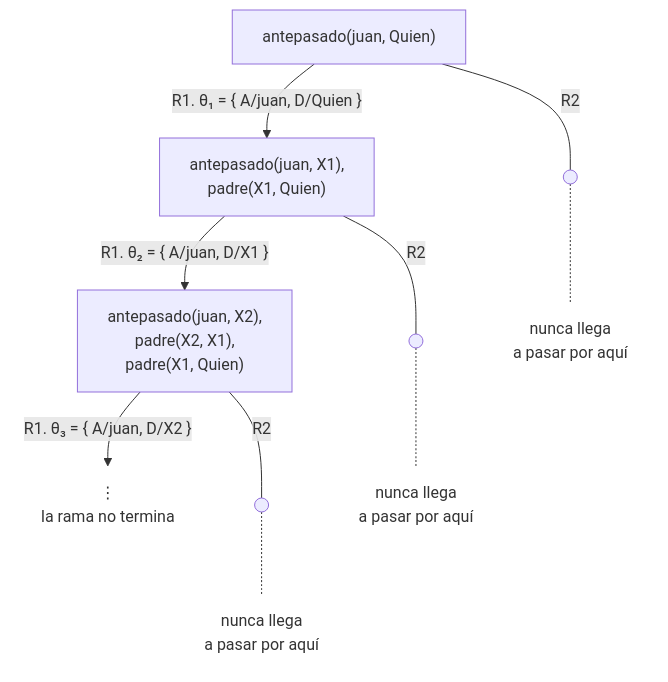
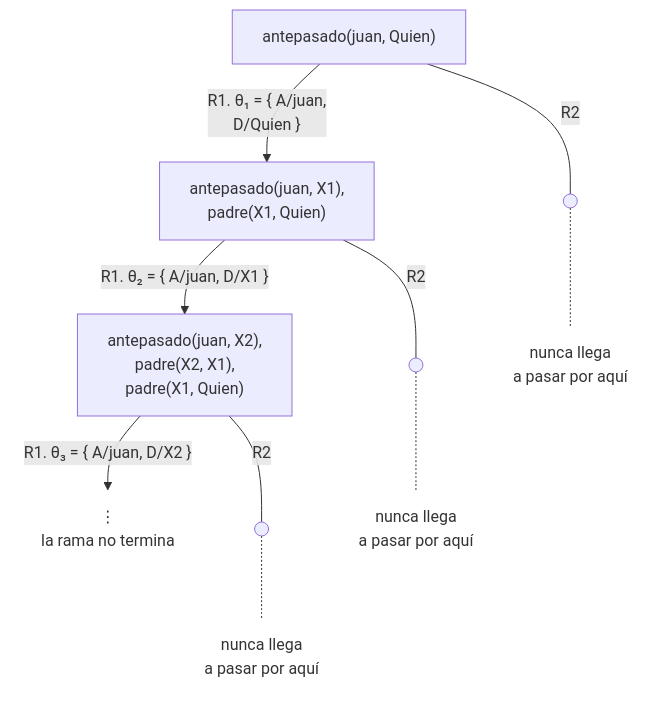
One commit to CesarBallardini/curso-de-prolog changed the seventh of 7 diagrams in docs/capitulo-05-como-responde-prolog/index.md. Above: the diagram before and after it, drawn with Mermaid. The commit also changed other lines of this file and 24 other files, not shown here.

First line of the commit message:
feat(docs): botones para ocultar las columnas laterales y etiquetas cortas en los diagramas

````diff
--- a/docs/capitulo-05-como-responde-prolog/index.md
+++ b/docs/capitulo-05-como-responde-prolog/index.md
@@ -501,11 +501,11 @@
 ```mermaid
 flowchart TD
-    A["antepasado(juan, Quien)"] -- "R1. θ₁ = {&nbsp;A/juan, D/Quien&nbsp;}" --> B["antepasado(juan, X1),<br/>padre(X1, Quien)"]
+    A["antepasado(juan, Quien)"] -- "R1. θ₁ = {&nbsp;A/juan,<br/>D/Quien&nbsp;}" --> B["antepasado(juan, X1),<br/>padre(X1, Quien)"]
     B -- "R1. θ₂ = {&nbsp;A/juan, D/X1&nbsp;}" --> C["antepasado(juan, X2),<br/>padre(X2, X1),<br/>padre(X1, Quien)"]
     C -- "R1. θ₃ = {&nbsp;A/juan, D/X2&nbsp;}" --> D["⋮<br/>la rama no termina"]
     A -- "R2" --- pA@{ shape: sm-circ } -.- nA["nunca llega<br/>a pasar por aquí"]
     B -- "R2" --- pB@{ shape: sm-circ } -.- nB["nunca llega<br/>a pasar por aquí"]
     C -- "R2" --- pC@{ shape: sm-circ } -.- nC["nunca llega<br/>a pasar por aquí"]
     classDef abierto fill:none,stroke:none;
     class D,nA,nB,nC abierto;
 ```
````
